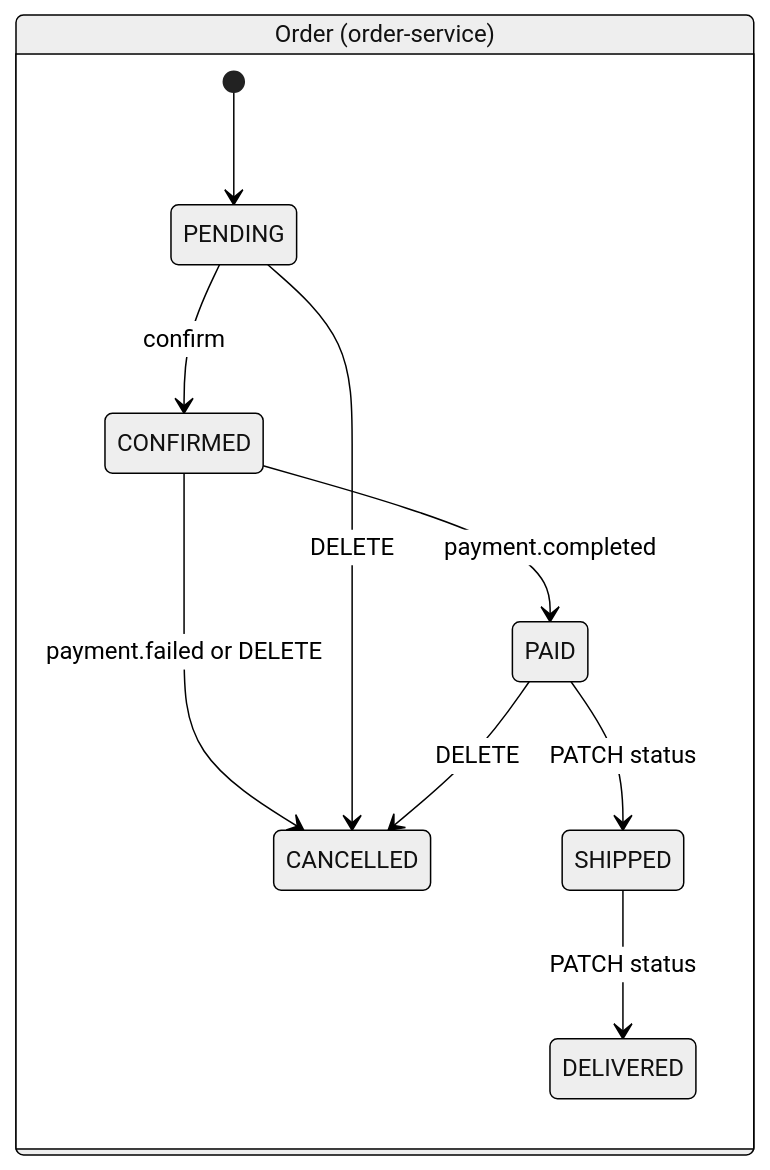
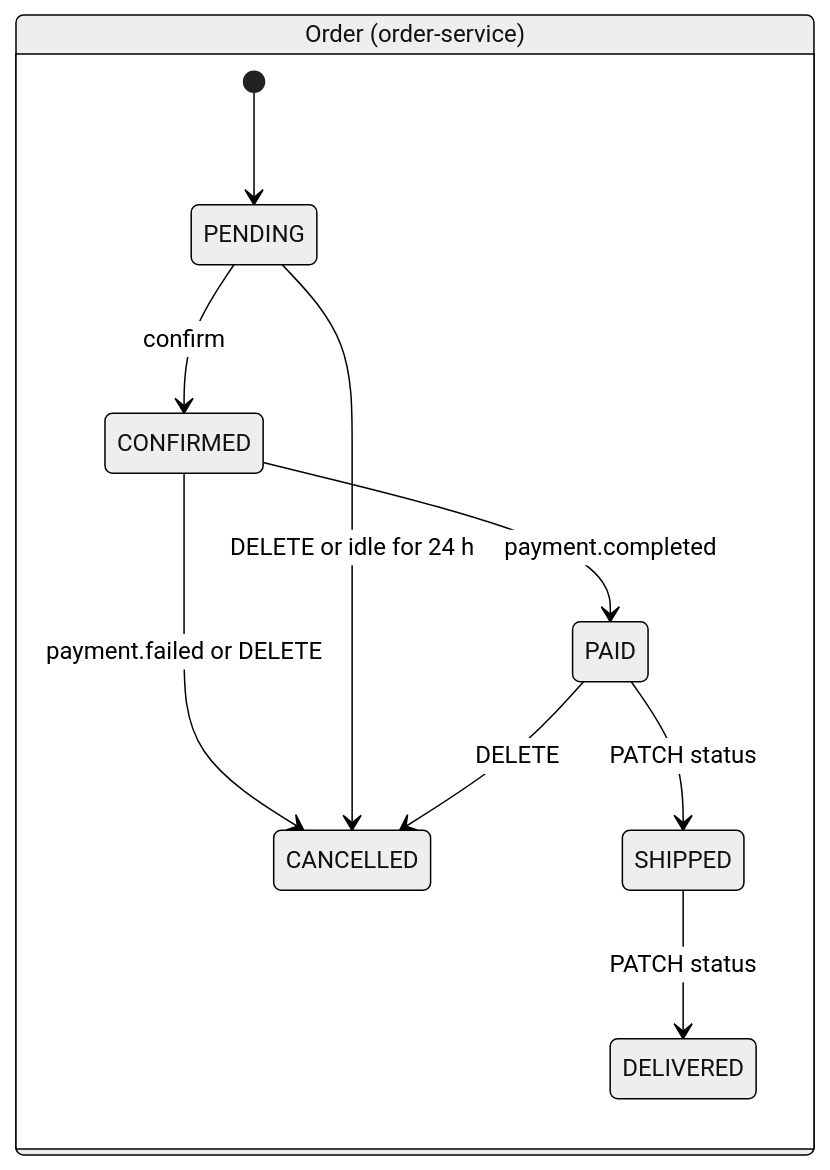
Before and after one commit to bmcnpnr/ecommerce-platform: diagram 11 of 11 in docs/flows.md, drawn with Mermaid (neutral theme). The commit also changed other lines of this file and 58 other files, not shown here.

````diff
--- a/docs/flows.md
+++ b/docs/flows.md
@@ -304,13 +394,13 @@
 ```mermaid
 stateDiagram-v2
     state "Order (order-service)" as Order {
         [*] --> PENDING
         PENDING --> CONFIRMED: confirm
         CONFIRMED --> PAID: payment.completed
         CONFIRMED --> CANCELLED: payment.failed or DELETE
-        PENDING --> CANCELLED: DELETE
+        PENDING --> CANCELLED: DELETE or idle for 24 h
         PAID --> CANCELLED: DELETE
         PAID --> SHIPPED: PATCH status
         SHIPPED --> DELIVERED: PATCH status
     }
 ```
````
